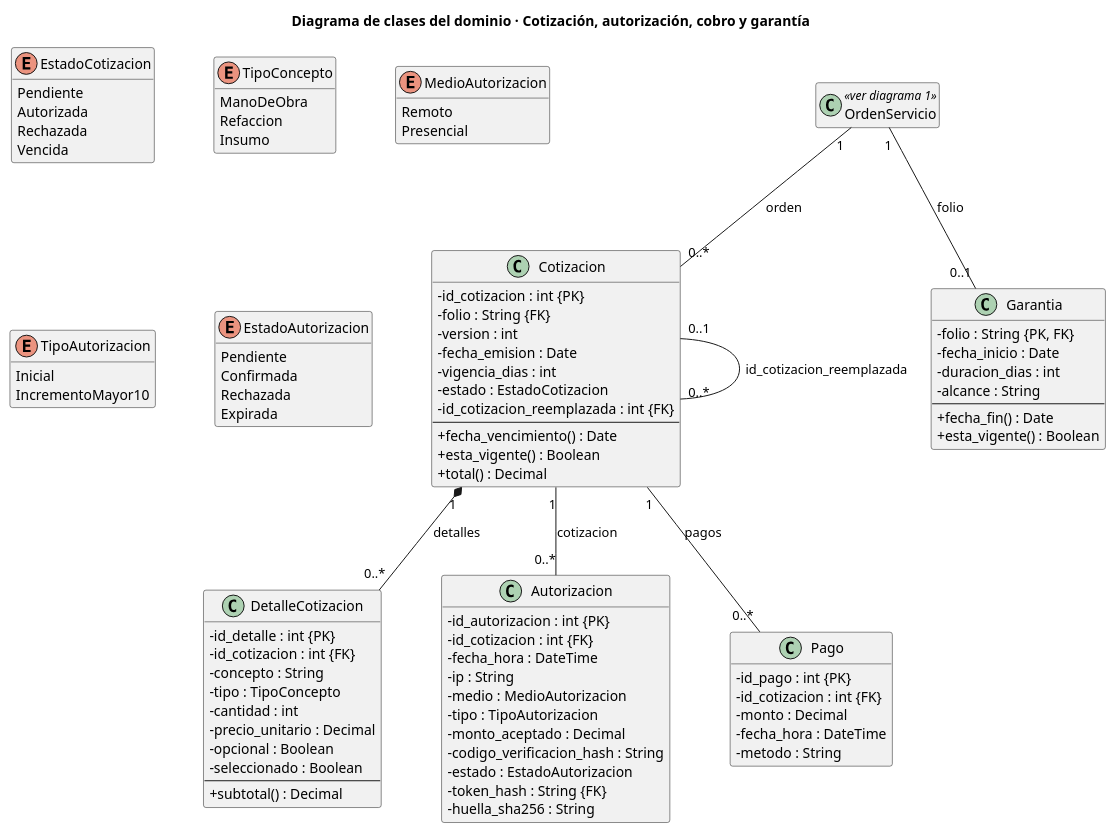
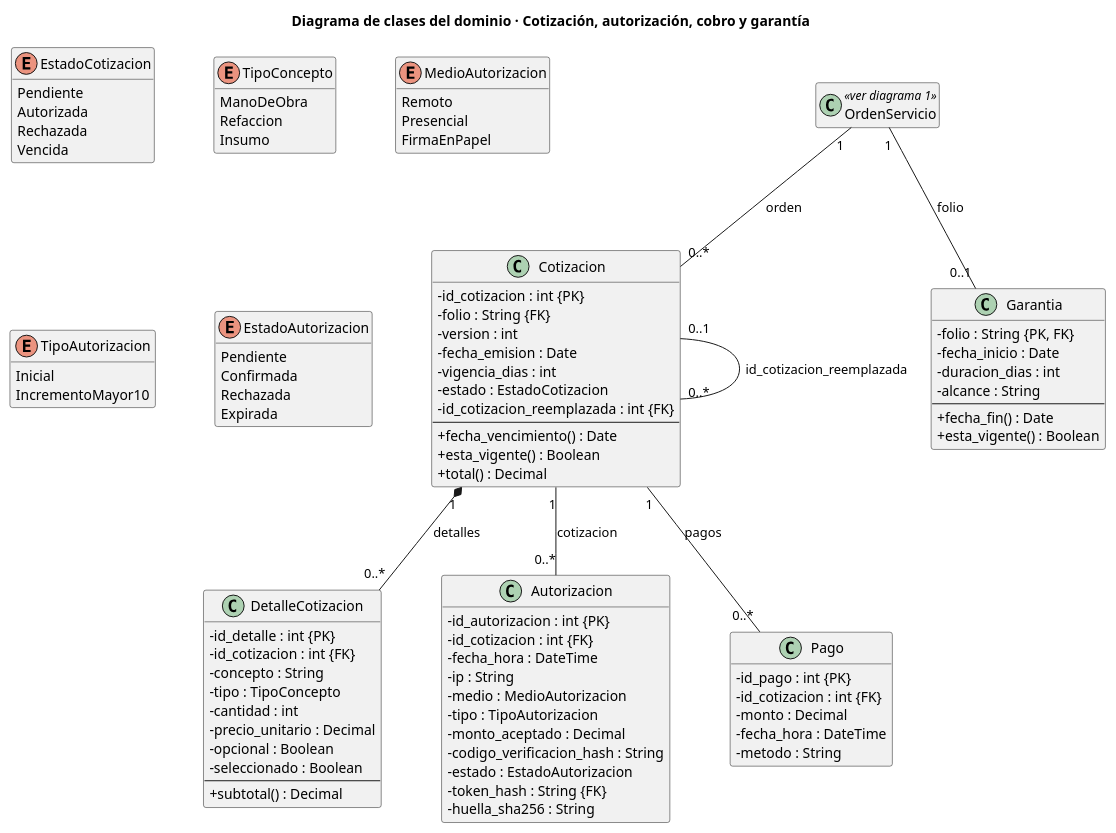
Before and after one commit to AyagDan/SistemaDeServiciosYCitas: the diagram in docs/06-analisis/clases/clases-2-cotizacion-cobro.puml, drawn with PlantUML. The commit also changed 11 other files, not shown here.

First line of the commit message:
Developers: agrega el diagrama entidad-relación generado desde los modelos y actualiza el diagrama de clases

```diff
--- a/docs/06-analisis/clases/clases-2-cotizacion-cobro.puml
+++ b/docs/06-analisis/clases/clases-2-cotizacion-cobro.puml
@@ -1,99 +1,100 @@
 @startuml clases-2-cotizacion-cobro
 ' Generado por docs/06-analisis/clases/generar_clases.py a partir de backend/app/models.py.
 title Diagrama de clases del dominio · Cotización, autorización, cobro y garantía
 skinparam classAttributeIconSize 0
 skinparam shadowing false
 skinparam linetype polyline
 skinparam nodesep 60
 skinparam ranksep 70
 hide empty members
 
 class OrdenServicio <<ver diagrama 1>>
 class Cotizacion {
   - id_cotizacion : int {PK}
   - folio : String {FK}
   - version : int
   - fecha_emision : Date
   - vigencia_dias : int
   - estado : EstadoCotizacion
   - id_cotizacion_reemplazada : int {FK}
   --
   + fecha_vencimiento() : Date
   + esta_vigente() : Boolean
   + total() : Decimal
 }
 class DetalleCotizacion {
   - id_detalle : int {PK}
   - id_cotizacion : int {FK}
   - concepto : String
   - tipo : TipoConcepto
   - cantidad : int
   - precio_unitario : Decimal
   - opcional : Boolean
   - seleccionado : Boolean
   --
   + subtotal() : Decimal
 }
 class Autorizacion {
   - id_autorizacion : int {PK}
   - id_cotizacion : int {FK}
   - fecha_hora : DateTime
   - ip : String
   - medio : MedioAutorizacion
   - tipo : TipoAutorizacion
   - monto_aceptado : Decimal
   - codigo_verificacion_hash : String
   - estado : EstadoAutorizacion
   - token_hash : String {FK}
   - huella_sha256 : String
 }
 class Pago {
   - id_pago : int {PK}
   - id_cotizacion : int {FK}
   - monto : Decimal
   - fecha_hora : DateTime
   - metodo : String
 }
 class Garantia {
   - folio : String {PK, FK}
   - fecha_inicio : Date
   - duracion_dias : int
   - alcance : String
   --
   + fecha_fin() : Date
   + esta_vigente() : Boolean
 }
 
 enum EstadoCotizacion {
   Pendiente
   Autorizada
   Rechazada
   Vencida
 }
 enum TipoConcepto {
   ManoDeObra
   Refaccion
   Insumo
 }
 enum MedioAutorizacion {
   Remoto
   Presencial
+  FirmaEnPapel
 }
 enum TipoAutorizacion {
   Inicial
   IncrementoMayor10
 }
 enum EstadoAutorizacion {
   Pendiente
   Confirmada
   Rechazada
   Expirada
 }
 
 Cotizacion "1" -- "0..*" Autorizacion : cotizacion
 OrdenServicio "1" -- "0..*" Cotizacion : orden
 Cotizacion "1" *-- "0..*" DetalleCotizacion : detalles
 Cotizacion "1" -- "0..*" Pago : pagos
 Cotizacion "0..1" -- "0..*" Cotizacion : id_cotizacion_reemplazada
 OrdenServicio "1" -- "0..1" Garantia : folio
 @enduml
```
